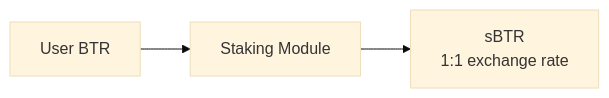
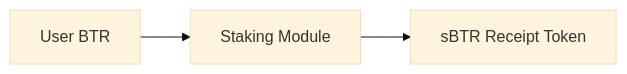
The first of 3 diagrams in docs/2. Governance/2.4. Liquid Staking.md (btr-protocol/dex), drawn with Mermaid (base theme) before and after one commit. The commit also changed other lines of this file and 27 other files, not shown here.

````diff
--- a/docs/2. Governance/2.4. Liquid Staking.md
+++ b/docs/2. Governance/2.4. Liquid Staking.md
@@ -27,5 +27,5 @@
 ```mermaid
 graph LR
     User[User BTR] --> Staking[Staking Module]
-    Staking --> sBTR[sBTR<br/>1:1 exchange rate]
+    Staking --> sBTR[sBTR Receipt Token]
 ```
````
